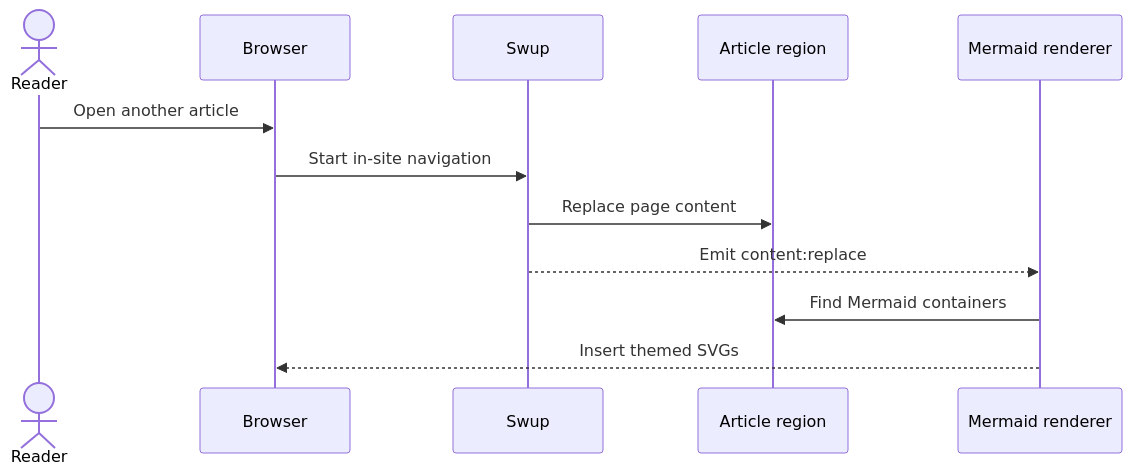
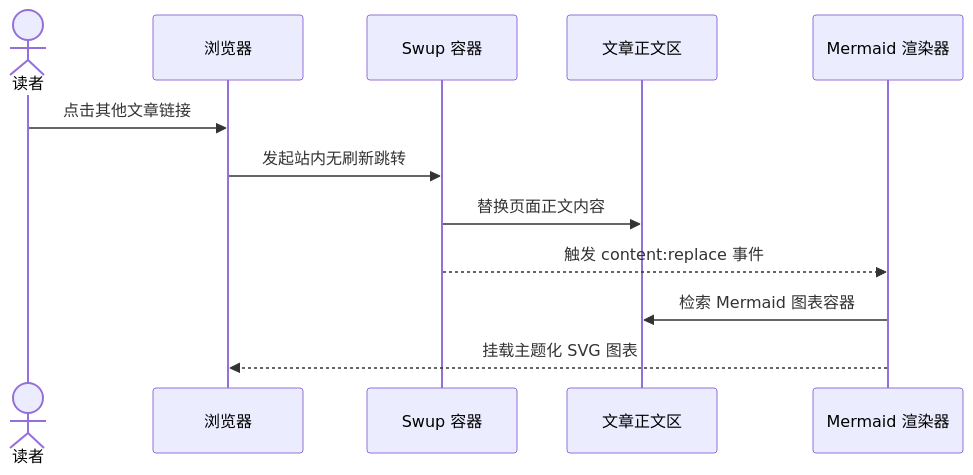
Before and after one commit to Dawn6666666/Shirone: the second of 14 diagrams in src/content/posts/markdown-mermaid.md, drawn with Mermaid. The commit also changed other lines of this file and 28 other files, not shown here.

````diff
--- a/src/content/posts/markdown-mermaid.md
+++ b/src/content/posts/markdown-mermaid.md
@@ -33,16 +33,16 @@
 ```mermaid
 sequenceDiagram
-    accTitle: Diagram rendering after in-site navigation
-    accDescr: A reader starts navigation, Swup replaces the article content, and the Mermaid renderer enhances diagrams on the new page.
-    actor Reader
-    participant Browser
-    participant Swup
-    participant Content as Article region
-    participant Renderer as Mermaid renderer
-    Reader->>Browser: Open another article
-    Browser->>Swup: Start in-site navigation
-    Swup->>Content: Replace page content
-    Swup-->>Renderer: Emit content:replace
-    Renderer->>Content: Find Mermaid containers
-    Renderer-->>Browser: Insert themed SVGs
+    accTitle: 站内跳转后的图表渲染时序
+    accDescr: 读者触发导航，Swup 平滑替换正文区域，Mermaid 渲染器在新页面上增强图表。
+    actor Reader as 读者
+    participant Browser as 浏览器
+    participant Swup as Swup 容器
+    participant Content as 文章正文区
+    participant Renderer as Mermaid 渲染器
+    Reader->>Browser: 点击其他文章链接
+    Browser->>Swup: 发起站内无刷新跳转
+    Swup->>Content: 替换页面正文内容
+    Swup-->>Renderer: 触发 content:replace 事件
+    Renderer->>Content: 检索 Mermaid 图表容器
+    Renderer-->>Browser: 挂载主题化 SVG 图表
 ```
````
